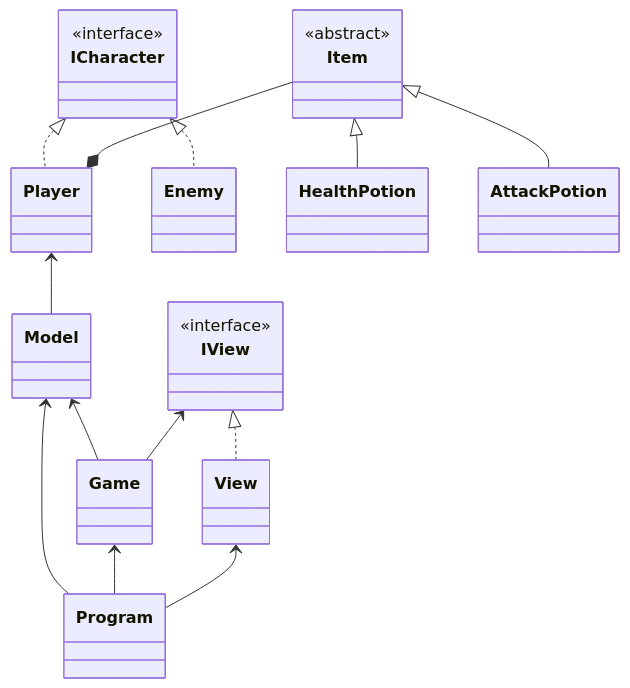
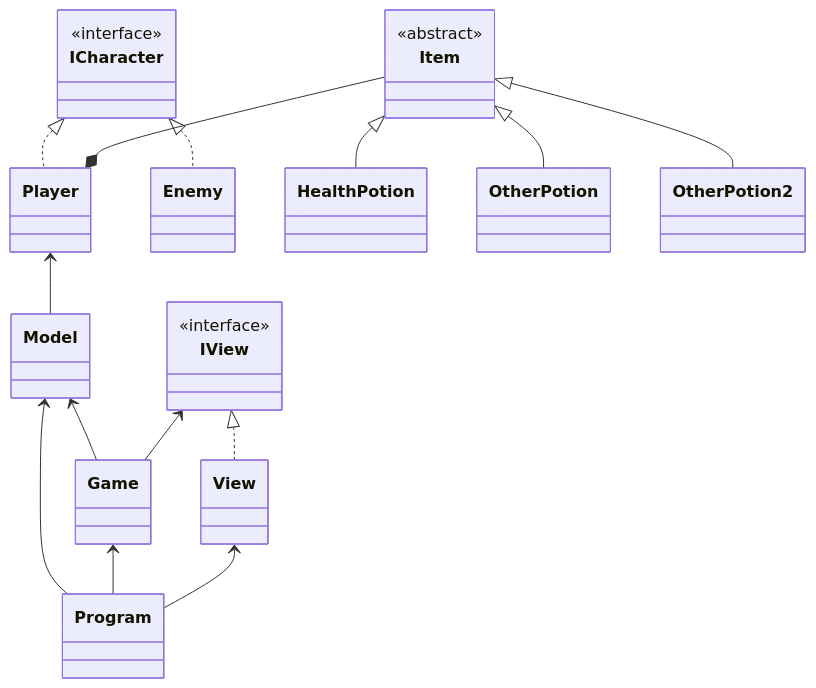
One commit to bryanb619/DungeonCrawler changed the diagram in README.md. Above: the diagram before and after it, drawn with Mermaid. The commit also changed other lines of this file and 3 other files, not shown here.

````diff
--- a/README.md
+++ b/README.md
@@ -96,32 +88,34 @@
 ```mermaid
 
 classDiagram
 
   Model             <--    Program 
   Model             <--    Game
 
   Game              <--    Program  
 
   ICharacter        <|..   Player
   ICharacter        <|..   Enemy
      
   Player            <--    Model 
   Item              --*    Player  
 
   IView             <|..    View
   IView             <--     Game
   View              <--    Program 
 
   Item              <|--     HealthPotion
-  Item              <|--     AttackPotion  
+  Item              <|--     OtherPotion  
+  Item              <|--     OtherPotion2  
 
+  
   class Item 
   <<abstract>> Item 
 
   class ICharacter 
   <<interface>>  ICharacter 
 
   class IView
   <<interface>> IView 
 
 ```
````
